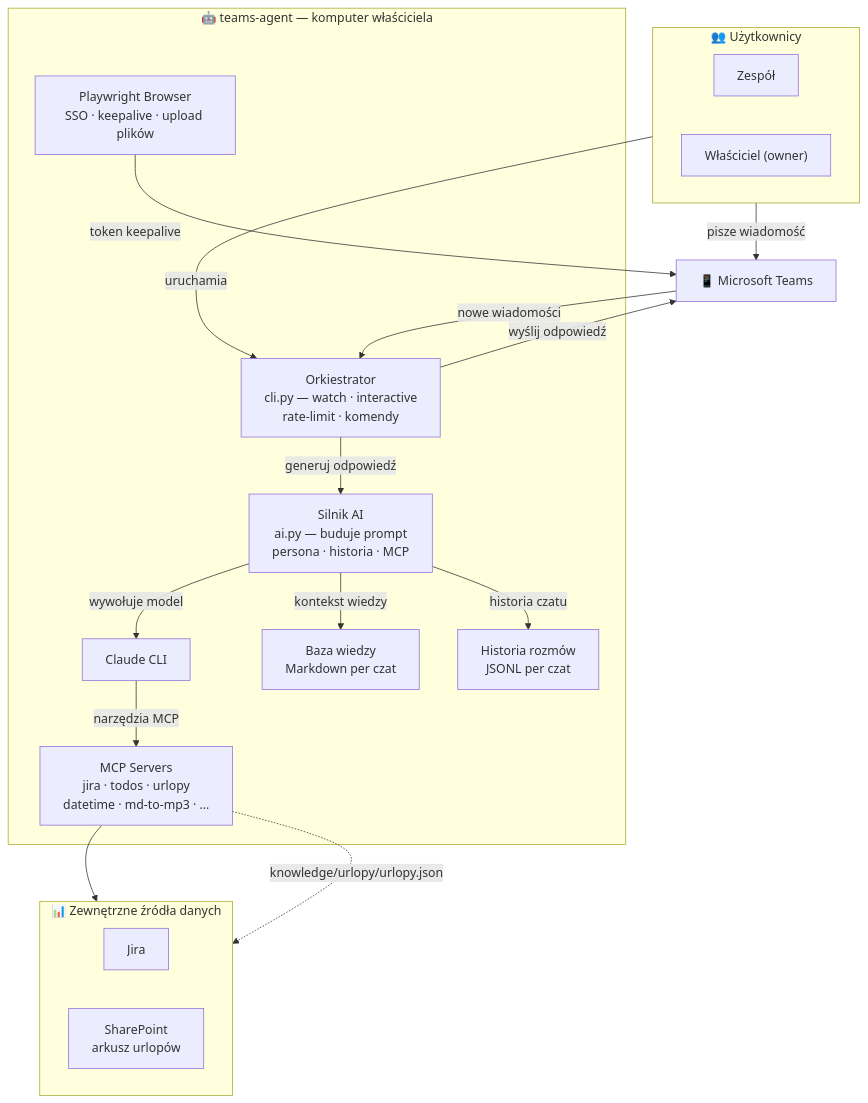
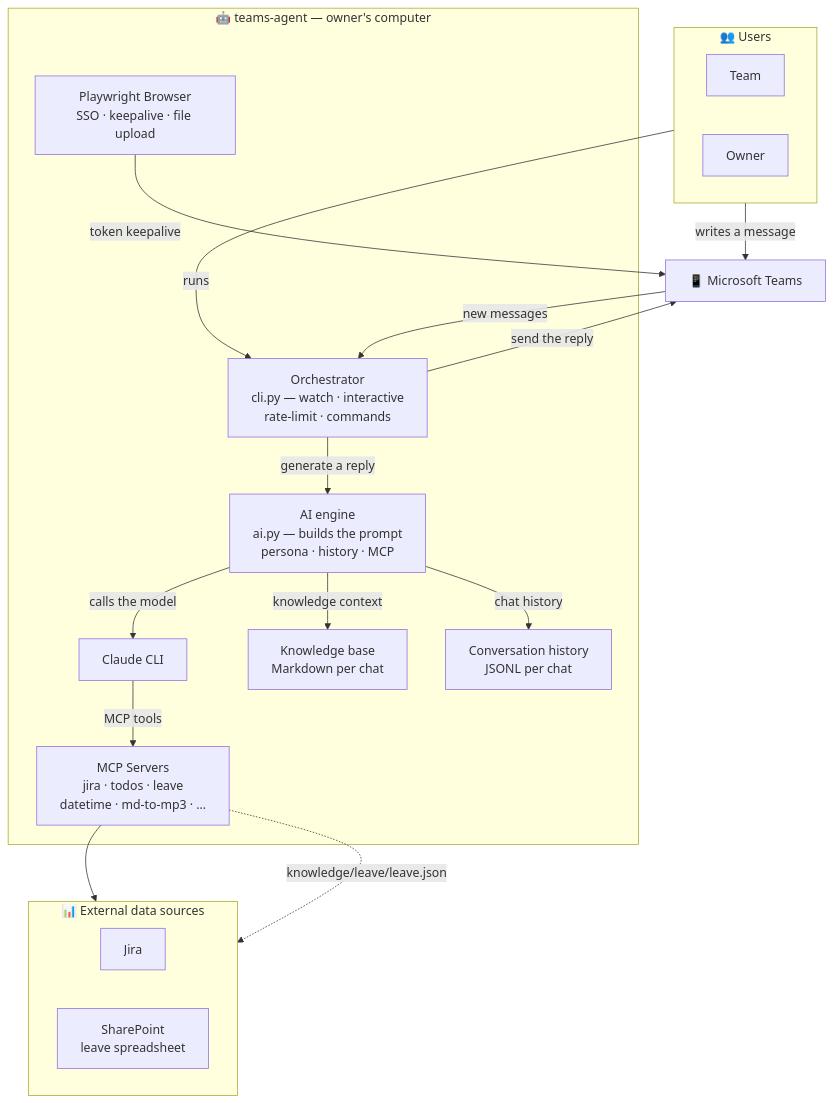
Before and after one commit to androszr/bob: the second of 3 diagrams in PRD.md, drawn with Mermaid. The commit also changed other lines of this file and 149 other files, not shown here.

````diff
--- a/PRD.md
+++ b/PRD.md
@@ -224,39 +228,39 @@
 ```mermaid
 flowchart TB
-    subgraph Users2["👥 Użytkownicy"]
+    subgraph Users2["👥 Users"]
         direction LR
-        T2["Zespół"]
-        R2["Właściciel (owner)"]
+        T2["Team"]
+        R2["Owner"]
     end
 
     MS2["📱 Microsoft Teams"]
 
-    subgraph BOXint["🤖 teams-agent — komputer właściciela"]
-        CLIW["Orkiestrator\ncli.py — watch · interactive\nrate-limit · komendy"]
-        AIM["Silnik AI\nai.py — buduje prompt\npersona · historia · MCP"]
+    subgraph BOXint["🤖 teams-agent — owner's computer"]
+        CLIW["Orchestrator\ncli.py — watch · interactive\nrate-limit · commands"]
+        AIM["AI engine\nai.py — builds the prompt\npersona · history · MCP"]
         CLCLI["Claude CLI"]
-        MCPL["MCP Servers\njira · todos · urlopy\ndatetime · md-to-mp3 · …"]
-        KB5["Baza wiedzy\nMarkdown per czat"]
-        HIST5["Historia rozmów\nJSONL per czat"]
-        PW5["Playwright Browser\nSSO · keepalive · upload plików"]
+        MCPL["MCP Servers\njira · todos · leave\ndatetime · md-to-mp3 · …"]
+        KB5["Knowledge base\nMarkdown per chat"]
+        HIST5["Conversation history\nJSONL per chat"]
+        PW5["Playwright Browser\nSSO · keepalive · file upload"]
     end
 
-    subgraph DataS["📊 Zewnętrzne źródła danych"]
+    subgraph DataS["📊 External data sources"]
         direction LR
         JT5["Jira"]
-        SP5["SharePoint\narkusz urlopów"]
+        SP5["SharePoint\nleave spreadsheet"]
     end
 
-    T2 -- "pisze wiadomość" --> MS2
-    R2 -- "uruchamia" --> CLIW
-    MS2 -- "nowe wiadomości" --> CLIW
+    T2 -- "writes a message" --> MS2
+    R2 -- "runs" --> CLIW
+    MS2 -- "new messages" --> CLIW
     PW5 -- "token keepalive" --> MS2
-    CLIW -- "generuj odpowiedź" --> AIM
-    AIM -- "wywołuje model" --> CLCLI
-    AIM -- "kontekst wiedzy" --> KB5
-    AIM -- "historia czatu" --> HIST5
-    CLCLI -- "narzędzia MCP" --> MCPL
-    CLIW -- "wyślij odpowiedź" --> MS2
+    CLIW -- "generate a reply" --> AIM
+    AIM -- "calls the model" --> CLCLI
+    AIM -- "knowledge context" --> KB5
+    AIM -- "chat history" --> HIST5
+    CLCLI -- "MCP tools" --> MCPL
+    CLIW -- "send the reply" --> MS2
     MCPL --> JT5
-    MCPL -. "knowledge/urlopy/urlopy.json" .-> SP5
+    MCPL -. "knowledge/leave/leave.json" .-> SP5
 ```
````
